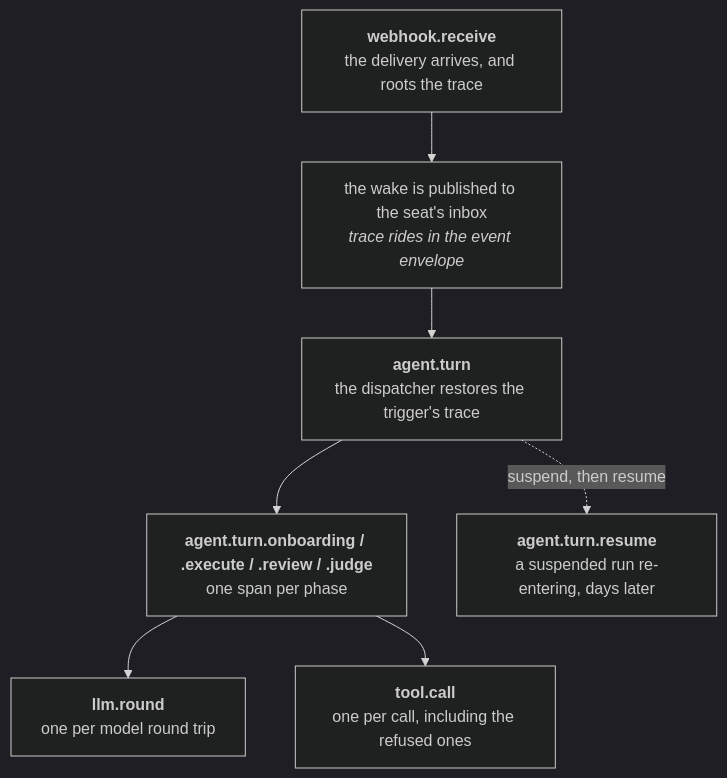
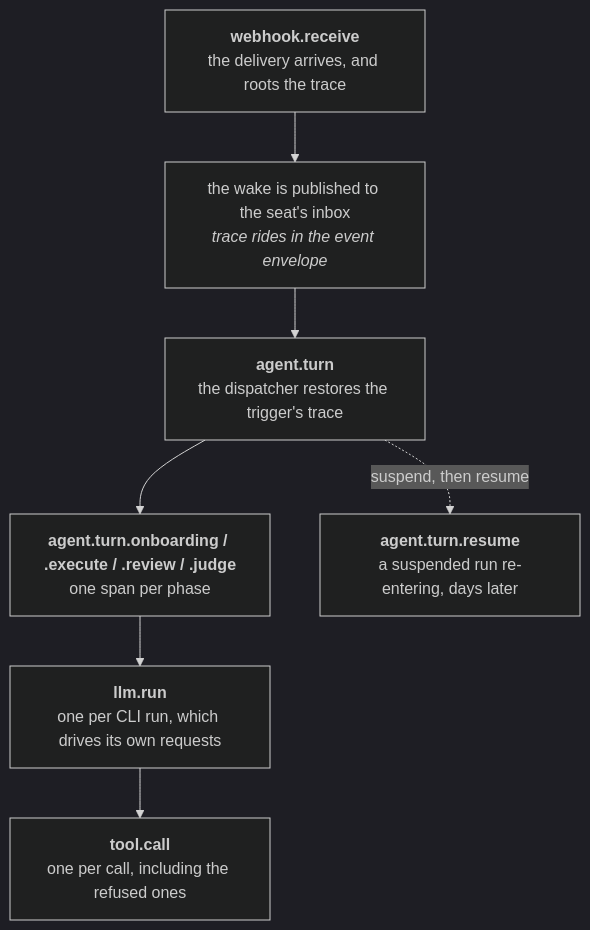
The diagram in docs/guides/deployment.md (crewlet/crewlet), drawn with Mermaid (dark theme) before and after one commit. The commit also changed other lines of this file and 3 other files, not shown here.

First line of the commit message:
fix(toolloop): carry a run's spend and outcome on its llm.run span

````diff
--- a/docs/guides/deployment.md
+++ b/docs/guides/deployment.md
@@ -1749,14 +1749,14 @@
 ```mermaid
 flowchart TD
     A["<b>webhook.receive</b><br/>the delivery arrives, and roots the trace"]
     B["the wake is published to the seat's inbox<br/><i>trace rides in the event envelope</i>"]
     C["<b>agent.turn</b><br/>the dispatcher restores the trigger's trace"]
     D["<b>agent.turn.onboarding / .execute / .review / .judge</b><br/>one span per phase"]
-    E["<b>llm.round</b><br/>one per model round trip"]
+    E["<b>llm.run</b><br/>one per CLI run, which drives its own requests"]
     F["<b>tool.call</b><br/>one per call, including the refused ones"]
     G["<b>agent.turn.resume</b><br/>a suspended run re-entering, days later"]
     A --> B --> C --> D
     D --> E
-    D --> F
+    E --> F
     C -.->|"suspend, then resume"| G
 ```
````
